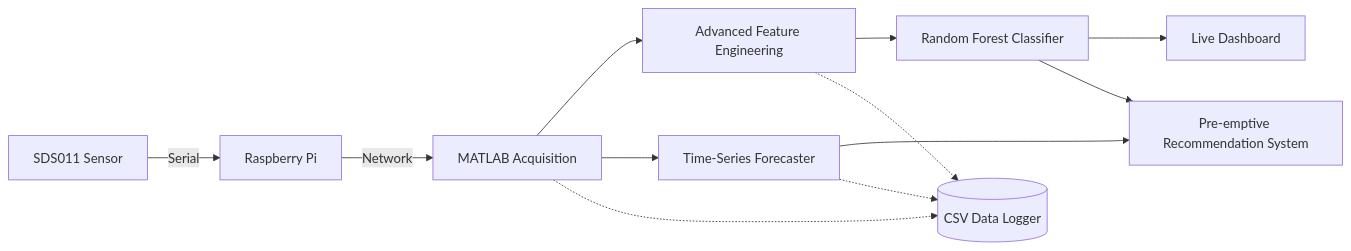
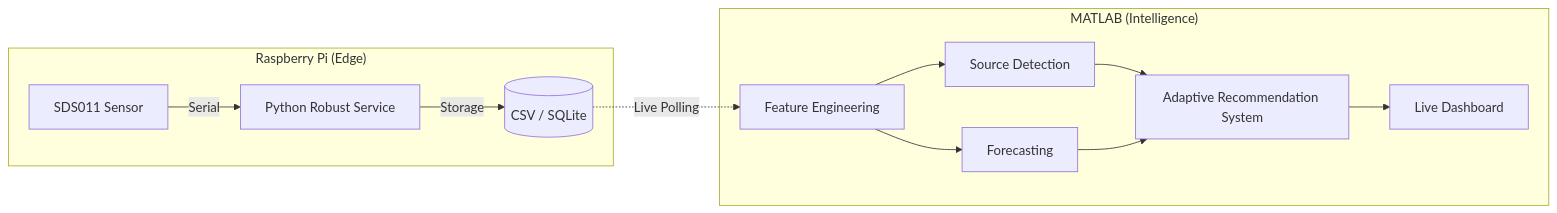
The diagram in README.md (Ibrahimboutal/Intelligent-Air-Quality-System-with-Source-Detection-and-Adaptive-Recommendations), drawn with Mermaid before and after one commit.

Commit message:
docs: update system architecture mermaid diagram in README

````diff
--- a/README.md
+++ b/README.md
@@ -22,14 +22,16 @@
 ```mermaid
 flowchart LR
-    A[SDS011 Sensor] -->|Serial| B[Raspberry Pi]
-    B -->|Network| C[MATLAB Acquisition]
-    C --> D[Advanced Feature Engineering]
-    D --> E[Random Forest Classifier]
-    C --> H[Time-Series Forecaster]
-    E --> F[Live Dashboard]
-    H --> G[Pre-emptive Recommendation System]
-    E --> G
-    C -.-> I[(CSV Data Logger)]
-    D -.-> I
-    H -.-> I
+    subgraph "Raspberry Pi (Edge)"
+        A[SDS011 Sensor] -->|Serial| B[Python Robust Service]
+        B -->|Storage| C[(CSV / SQLite)]
+    end
+    
+    subgraph "MATLAB (Intelligence)"
+        C -.->|Live Polling| D[Feature Engineering]
+        D --> E[Source Detection]
+        D --> F[Forecasting]
+        E --> G[Adaptive Recommendation System]
+        F --> G
+        G --> H[Live Dashboard]
+    end
 ```
````
